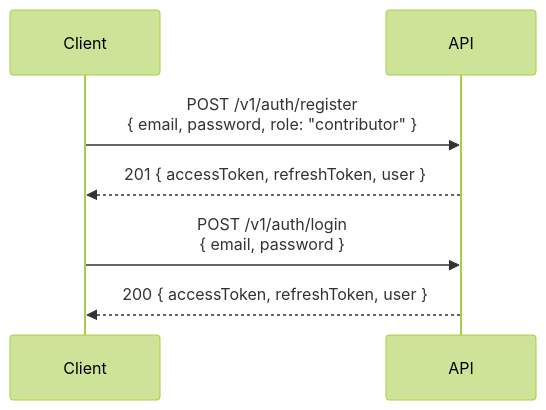
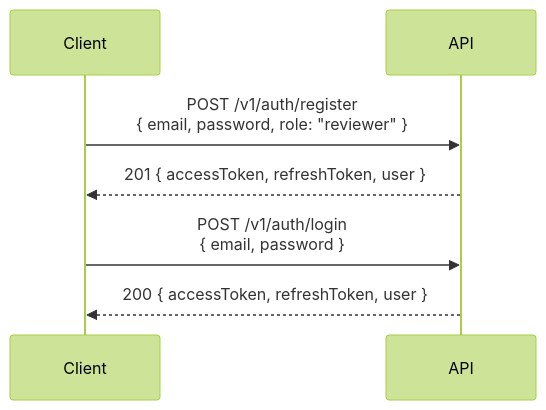
One commit to dataGriff/whiskey-reviews-api changed the first of 4 diagrams in docs/specifications/sequence-diagrams.md. Above: the diagram before and after it, drawn with Mermaid (forest theme). The commit also changed other lines of this file and 16 other files, not shown here.

````diff
--- a/docs/specifications/sequence-diagrams.md
+++ b/docs/specifications/sequence-diagrams.md
@@ -10,11 +7,11 @@
 ```mermaid
 sequenceDiagram
     participant Client
     participant API
 
-    Client->>API: POST /v1/auth/register<br/>{ email, password, role: "contributor" }
+    Client->>API: POST /v1/auth/register<br/>{ email, password, role: "reviewer" }
     API-->>Client: 201 { accessToken, refreshToken, user }
 
     Client->>API: POST /v1/auth/login<br/>{ email, password }
     API-->>Client: 200 { accessToken, refreshToken, user }
 ```
````
